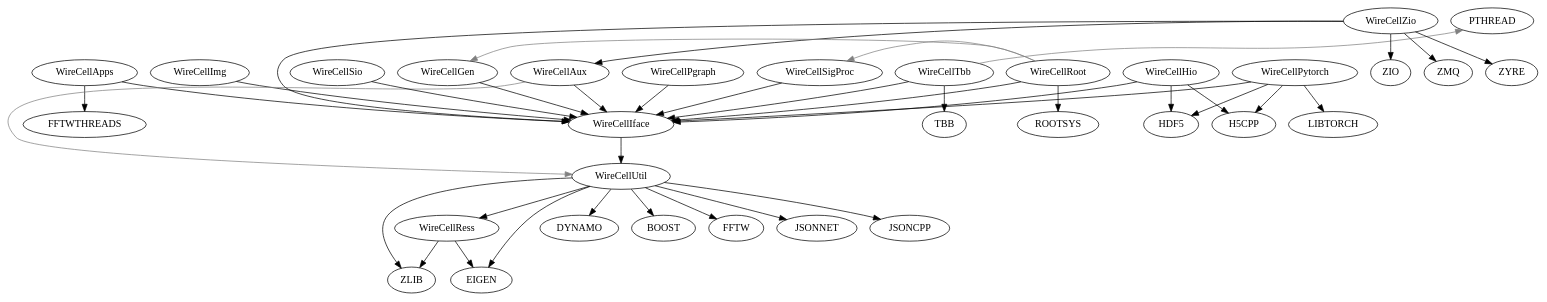
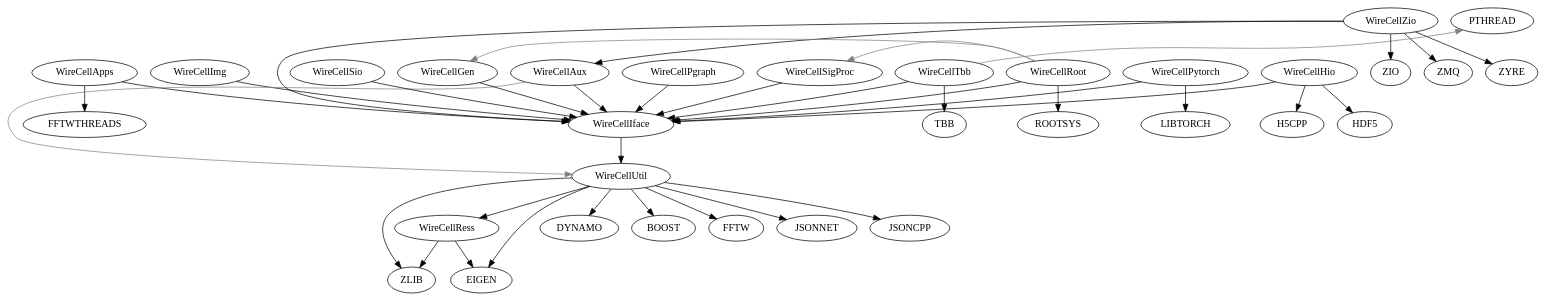
One commit to zhihuadong/wire-cell-toolkit changed the diagram in wct-deps.dot. Above: the diagram before and after it, drawn with Graphviz. The commit also changed 2 other files, not shown here.

```diff
--- a/wct-deps.dot
+++ b/wct-deps.dot
@@ -1,56 +1,54 @@
 digraph deps {
 	"WireCellPgraph";
 	"WireCellApps";
 	"WireCellSigProc";
 	"WireCellImg";
 	"WireCellAux";
 	"WireCellTbb";
 	"WireCellZio";
 	"WireCellPytorch";
 	"WireCellSio";
 	"WireCellRess";
 	"WireCellIface";
 	"WireCellRoot";
 	"WireCellGen";
 	"WireCellHio";
 	"WireCellUtil";
-	"WireCellPytorch" -> "HDF5"[color="black"];
 	"WireCellApps" -> "FFTWTHREADS"[color="black"];
 	"WireCellRess" -> "ZLIB"[color="black"];
 	"WireCellUtil" -> "DYNAMO"[color="black"];
 	"WireCellAux" -> "WireCellIface"[color="black"];
 	"WireCellUtil" -> "BOOST"[color="black"];
 	"WireCellUtil" -> "ZLIB"[color="black"];
 	"WireCellHio" -> "H5CPP"[color="black"];
 	"WireCellPgraph" -> "WireCellIface"[color="black"];
 	"WireCellHio" -> "HDF5"[color="black"];
 	"WireCellAux" -> "WireCellUtil"[color="gray",constraint=false];
 	"WireCellZio" -> "WireCellIface"[color="black"];
 	"WireCellSigProc" -> "WireCellIface"[color="black"];
 	"WireCellTbb" -> "WireCellIface"[color="black"];
 	"WireCellGen" -> "WireCellIface"[color="black"];
 	"WireCellZio" -> "ZIO"[color="black"];
 	"WireCellRoot" -> "WireCellIface"[color="black"];
 	"WireCellImg" -> "WireCellIface"[color="black"];
 	"WireCellUtil" -> "EIGEN"[color="black"];
 	"WireCellRoot" -> "ROOTSYS"[color="black"];
 	"WireCellUtil" -> "WireCellRess"[color="black"];
 	"WireCellRoot" -> "WireCellSigProc"[color="gray",constraint=false];
 	"WireCellTbb" -> "PTHREAD"[color="gray",constraint=false];
-	"WireCellPytorch" -> "H5CPP"[color="black"];
 	"WireCellRoot" -> "WireCellGen"[color="gray",constraint=false];
 	"WireCellZio" -> "ZMQ"[color="black"];
 	"WireCellUtil" -> "FFTW"[color="black"];
 	"WireCellHio" -> "WireCellIface"[color="black"];
 	"WireCellSio" -> "WireCellIface"[color="black"];
 	"WireCellPytorch" -> "WireCellIface"[color="black"];
 	"WireCellPytorch" -> "LIBTORCH"[color="black"];
 	"WireCellUtil" -> "JSONNET"[color="black"];
 	"WireCellRess" -> "EIGEN"[color="black"];
 	"WireCellIface" -> "WireCellUtil"[color="black"];
 	"WireCellZio" -> "WireCellAux"[color="black"];
 	"WireCellTbb" -> "TBB"[color="black"];
 	"WireCellApps" -> "WireCellIface"[color="black"];
 	"WireCellUtil" -> "JSONCPP"[color="black"];
 	"WireCellZio" -> "ZYRE"[color="black"];
 }
```
